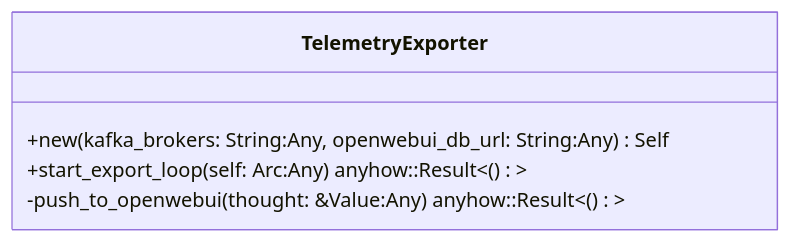
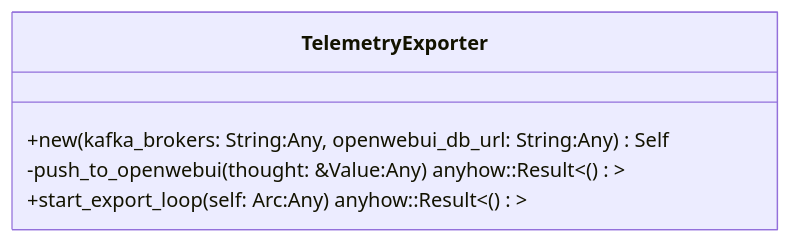
Before and after one commit to lgcorzo/rust_CACD_autonomous_factory: the first of 2 diagrams in openwiki/crates_factory-application_src_telemetry_export_rs.md, drawn with Mermaid. The commit also changed other lines of this file and 76 other files, not shown here.

````diff
--- a/openwiki/crates_factory-application_src_telemetry_export_rs.md
+++ b/openwiki/crates_factory-application_src_telemetry_export_rs.md
@@ -108,10 +108,10 @@
 ```mermaid
 classDiagram
     direction BT
     class TelemetryExporter {
         +new(kafka_brokers: String:Any, openwebui_db_url: String:Any) Self
+        -push_to_openwebui(thought: &Value:Any) anyhow::Result<()>
         +start_export_loop(self: Arc<Self>:Any) anyhow::Result<()>
-        -push_to_openwebui(thought: &Value:Any) anyhow::Result<()>
     }
 
 ```
````
